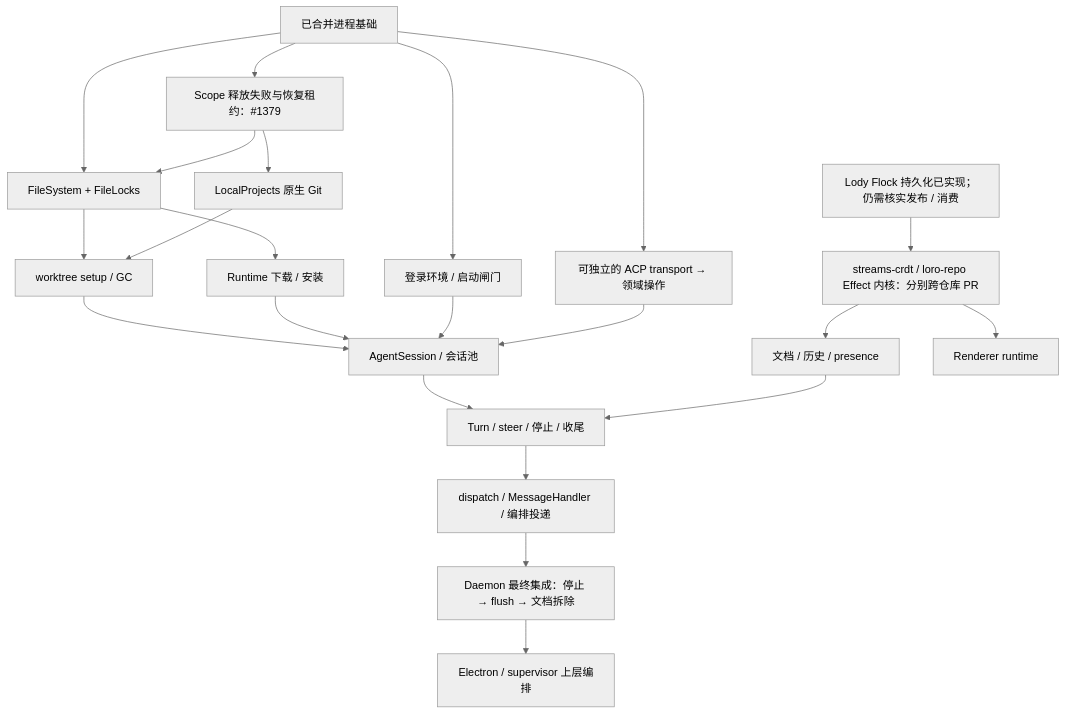
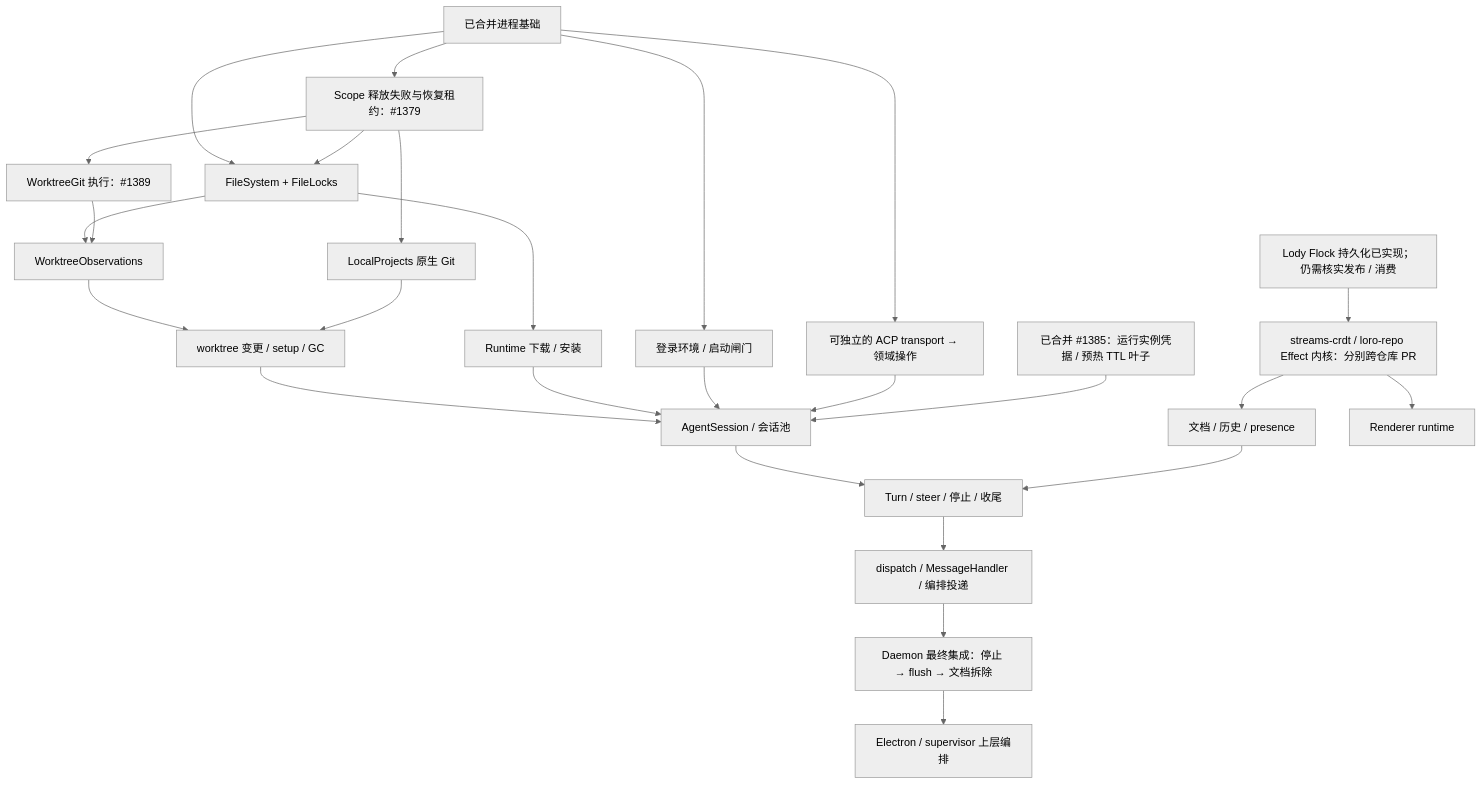
One commit to LodyAI/Lody changed the diagram in .agents/notes/proposed/architecture/2026-09-27-effect-lifecycle-migration-roadmap.zh.md. Above: the diagram before and after it, drawn with Mermaid (neutral theme). The commit also changed other lines of this file and 12 other files, not shown here.

First line of the commit message:
feat: migrate worktree observations to native Effect

````diff
--- a/.agents/notes/proposed/architecture/2026-09-27-effect-lifecycle-migration-roadmap.zh.md
+++ b/.agents/notes/proposed/architecture/2026-09-27-effect-lifecycle-migration-roadmap.zh.md
@@ -262,24 +262,28 @@
 ```mermaid
 flowchart TD
   P["已合并进程基础"] --> F["FileSystem + FileLocks"]
   P --> C["Scope 释放失败与恢复租约：#1379"]
   C --> F
   C --> G["LocalProjects 原生 Git"]
-  F --> J["worktree setup / GC"]
+  C --> Q["WorktreeGit 执行：#1389"]
+  F --> O["WorktreeObservations"]
+  Q --> O
+  O --> J["worktree 变更 / setup / GC"]
   G --> J
   F --> R["Runtime 下载 / 安装"]
   P --> E["登录环境 / 启动闸门"]
   P --> A["可独立的 ACP transport → 领域操作"]
   J --> S["AgentSession / 会话池"]
   R --> S
   E --> S
   A --> S
+  N["已合并 #1385：运行实例凭据 / 预热 TTL 叶子"] --> S
   K["Lody Flock 持久化已实现；仍需核实发布 / 消费"] --> L["streams-crdt / loro-repo Effect 内核：分别跨仓库 PR"]
   L --> D["文档 / 历史 / presence"]
   S --> T["Turn / steer / 停止 / 收尾"]
   D --> T
   T --> H["dispatch / MessageHandler / 编排投递"]
   H --> M["Daemon 最终集成：停止 → flush → 文档拆除"]
   L --> W["Renderer runtime"]
   M --> X["Electron / supervisor 上层编排"]
 ```
````
